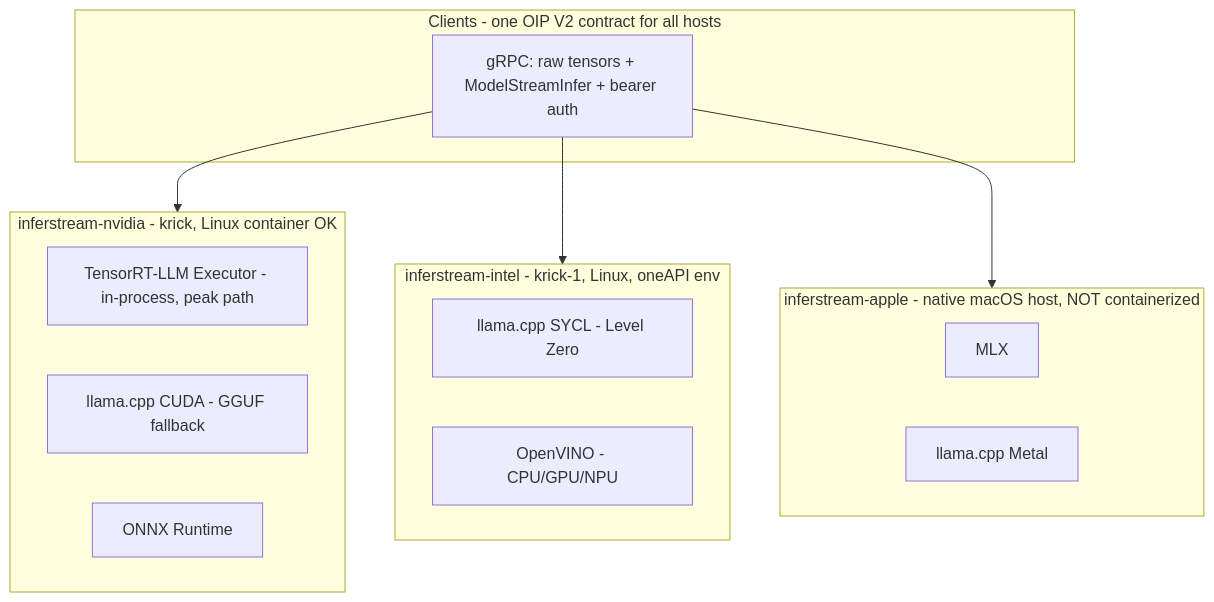
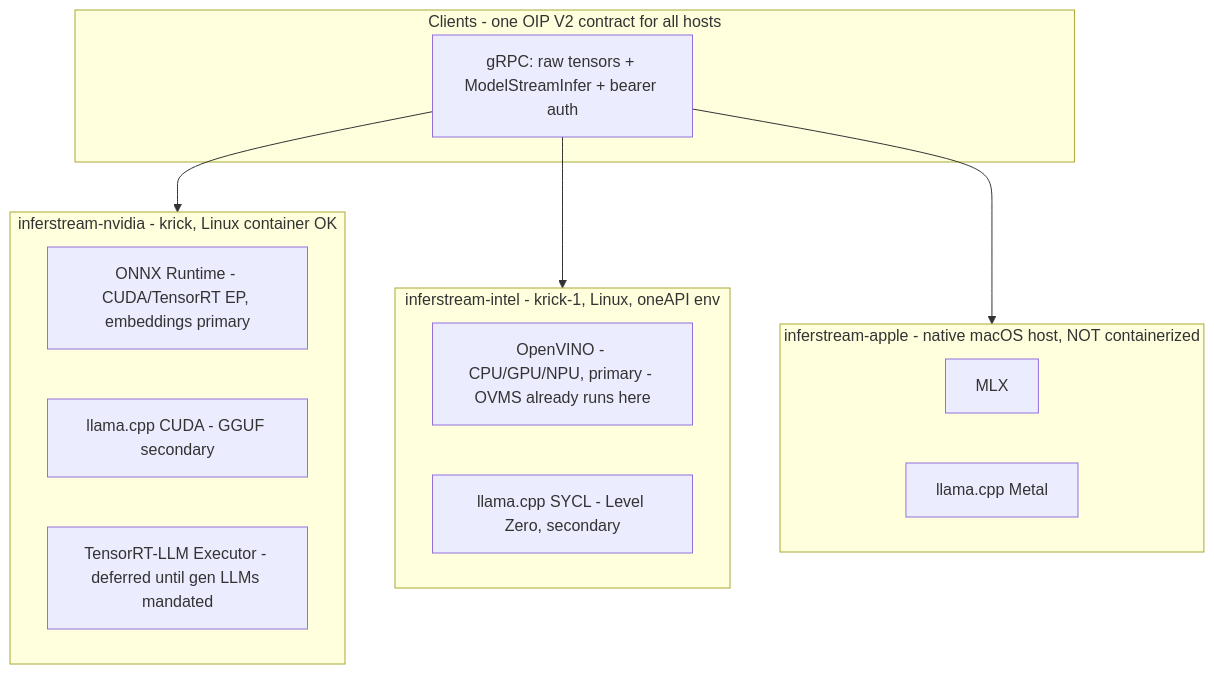
Before and after one commit to ai-pipestream/turboembed: the diagram in README.md, drawn with Mermaid. The commit also changed other lines of this file and 6 other files, not shown here.

````diff
--- a/README.md
+++ b/README.md
@@ -18,26 +18,26 @@
 ```mermaid
 flowchart TB
     subgraph clients [Clients - one OIP V2 contract for all hosts]
         C[gRPC: raw tensors + ModelStreamInfer + bearer auth]
     end
 
     subgraph nvidia [inferstream-nvidia - krick, Linux container OK]
-        N1[TensorRT-LLM Executor - in-process, peak path]
-        N2[llama.cpp CUDA - GGUF fallback]
-        N3[ONNX Runtime]
+        N1[ONNX Runtime - CUDA/TensorRT EP, embeddings primary]
+        N2[llama.cpp CUDA - GGUF secondary]
+        N3[TensorRT-LLM Executor - deferred until gen LLMs mandated]
     end
 
     subgraph intel [inferstream-intel - krick-1, Linux, oneAPI env]
-        I1[llama.cpp SYCL - Level Zero]
-        I2[OpenVINO - CPU/GPU/NPU]
+        I1[OpenVINO - CPU/GPU/NPU, primary - OVMS already runs here]
+        I2[llama.cpp SYCL - Level Zero, secondary]
     end
 
     subgraph apple [inferstream-apple - native macOS host, NOT containerized]
         A1[MLX]
         A2[llama.cpp Metal]
     end
 
     C --> nvidia
     C --> intel
     C --> apple
 ```
````
